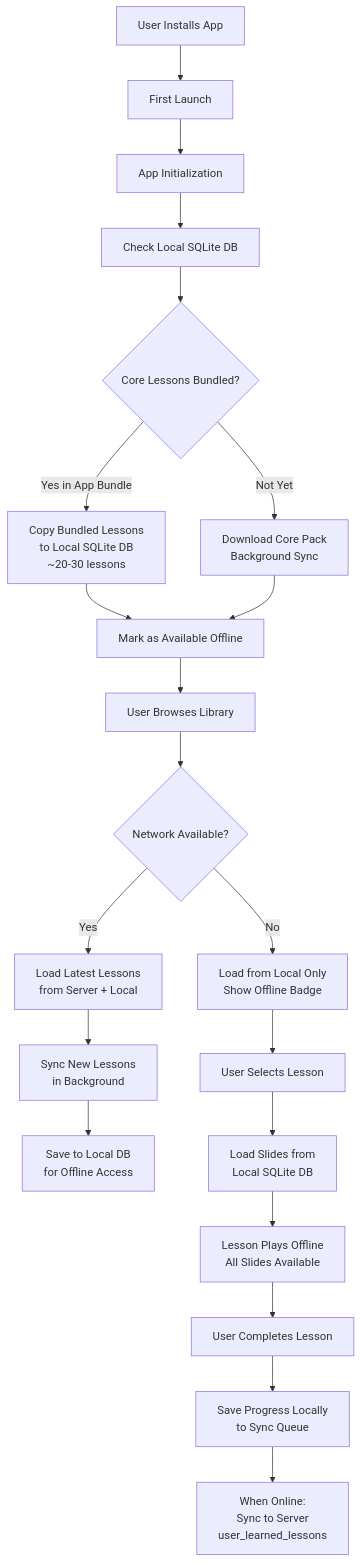
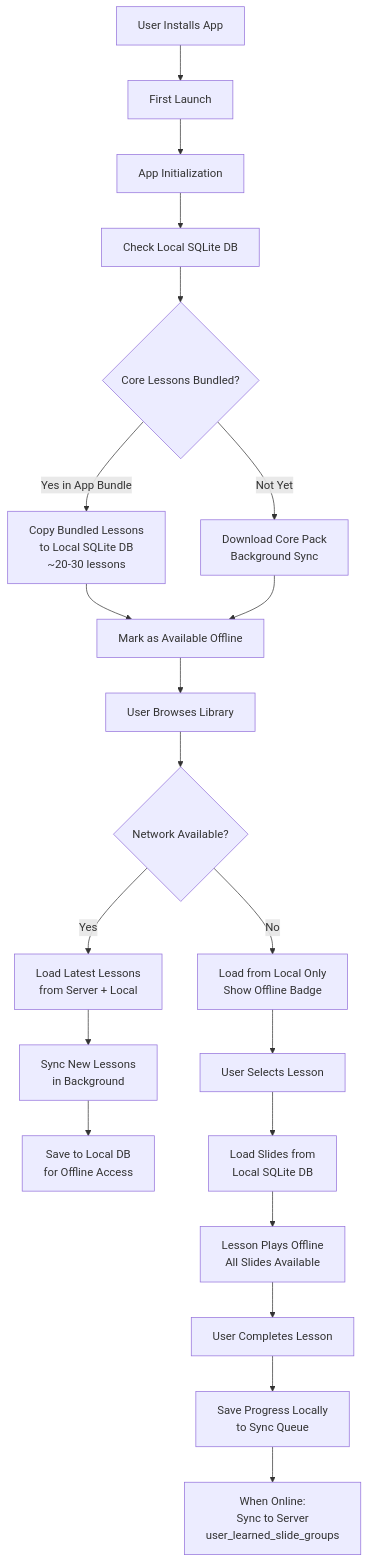
One commit to Nhatdien/tranquara_frontend changed the eighth of 9 diagrams in feature-design/03. Micro learning/01-LEARNING-FLOWS.md. Above: the diagram before and after it, drawn with Mermaid. The commit also changed other lines of this file and 6 other files, not shown here.

Commit message:
feat: Enhance journal feature with learning progress tracking and schema updates

````diff
--- a/feature-design/03. Micro learning/01-LEARNING-FLOWS.md
+++ b/feature-design/03. Micro learning/01-LEARNING-FLOWS.md
@@ -254,30 +262,30 @@
 ```mermaid
 flowchart TD
     A[User Installs App] --> B[First Launch]
     B --> C[App Initialization]
     C --> D[Check Local SQLite DB]
     
     D --> E{Core Lessons Bundled?}
     E -->|Yes in App Bundle| F[Copy Bundled Lessons<br/>to Local SQLite DB<br/>~20-30 lessons]
     E -->|Not Yet| G[Download Core Pack<br/>Background Sync]
     
     F --> H[Mark as Available Offline]
     G --> H
     
     H --> I[User Browses Library]
     I --> J{Network Available?}
     J -->|Yes| K[Load Latest Lessons<br/>from Server + Local]
     J -->|No| L[Load from Local Only<br/>Show Offline Badge]
     
     K --> M[Sync New Lessons<br/>in Background]
     M --> N[Save to Local DB<br/>for Offline Access]
     
     L --> O[User Selects Lesson]
     O --> P[Load Slides from<br/>Local SQLite DB]
     P --> Q[Lesson Plays Offline<br/>All Slides Available]
     
     Q --> R[User Completes Lesson]
     R --> S[Save Progress Locally<br/>to Sync Queue]
     
-    S --> T[When Online:<br/>Sync to Server<br/>user_learned_lessons]
+    S --> T[When Online:<br/>Sync to Server<br/>user_learned_slide_groups]
 ```
````
